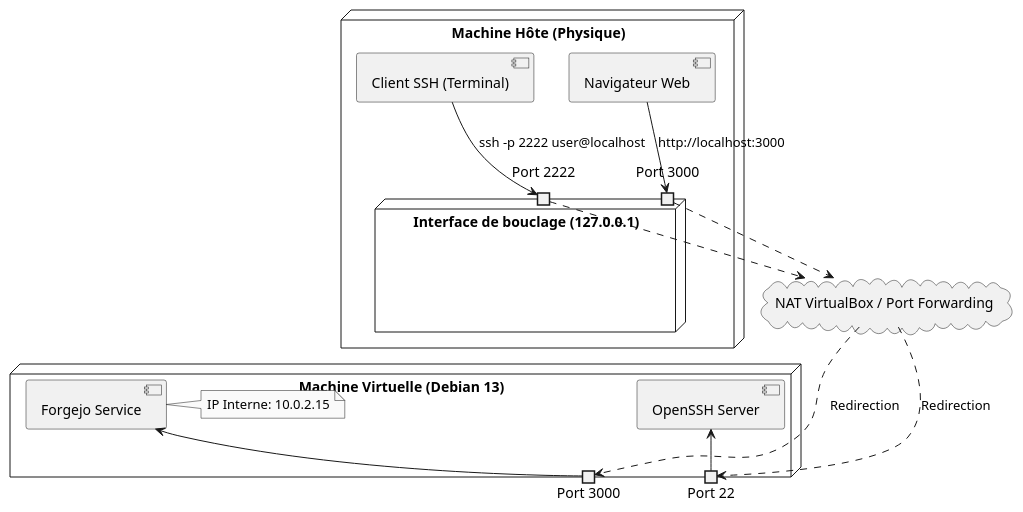
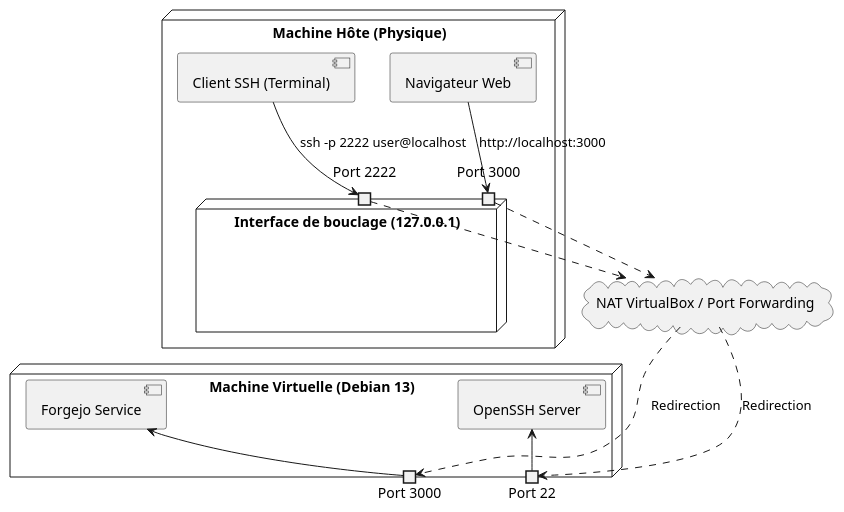
Before and after one commit to rominux/sae203: the diagram in SAE203_Lefebvre_Plantard_Belot/semaine/semaine11_tutoriel.adoc, drawn with PlantUML. The commit also changed 8 other files, not shown here.

```diff
--- a/SAE203_Lefebvre_Plantard_Belot/semaine/semaine11_tutoriel.adoc
+++ b/SAE203_Lefebvre_Plantard_Belot/semaine/semaine11_tutoriel.adoc
@@ -101,42 +101,40 @@
 [plantuml, schema-reseau, png]
 ----
 @startuml
 skinparam monochrome true
 skinparam packageStyle rect
 skinparam shadowing false
 
 node "Machine Hôte (Physique)" {
     component [Navigateur Web] as Browser
     component [Client SSH (Terminal)] as SSHClient
 
     node "Interface de bouclage (127.0.0.1)" {
         portin "Port 3000" as P3000H
         portin "Port 2222" as P2222H
     }
 }
 
 cloud "NAT VirtualBox / Port Forwarding" as NAT
 
 node "Machine Virtuelle (Debian 13)" {
     portout "Port 3000" as P3000G
     portout "Port 22" as P22G
 
     component [Forgejo Service] as Forgejo
     component [OpenSSH Server] as SSHD
-
-    note right of Forgejo : IP Interne: 10.0.2.15
 }
 
 Browser --> P3000H : http://localhost:3000
 SSHClient --> P2222H : ssh -p 2222 user@localhost
 
 P3000H ..> NAT
 P2222H ..> NAT
 
 NAT ..> P3000G : Redirection
 NAT ..> P22G : Redirection
 
 P3000G --> Forgejo
 P22G --> SSHD
 @enduml
 ----
```
